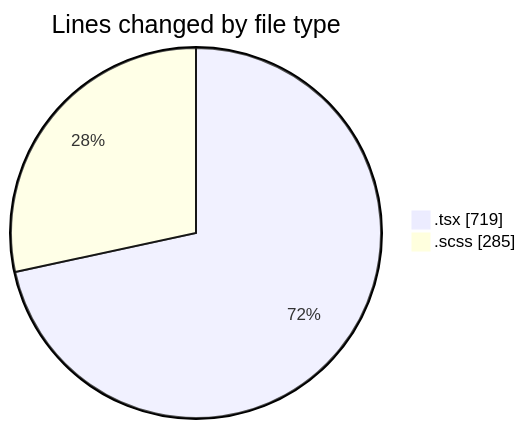
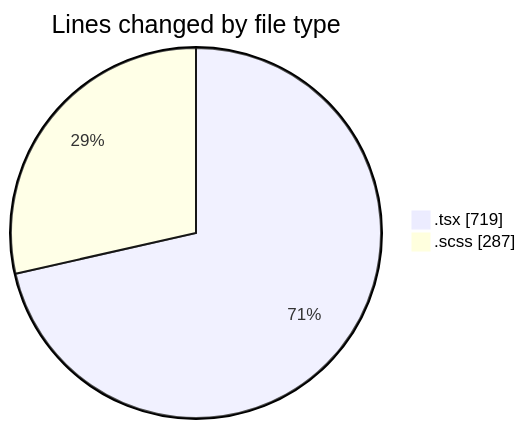
One commit to momahboobian/code-tracking changed the first of 2 diagrams in 2025-10-06/cda/README.md. Above: the diagram before and after it, drawn with Mermaid. The commit also changed other lines of this file and 1 other file, not shown here.

````diff
--- a/2025-10-06/cda/README.md
+++ b/2025-10-06/cda/README.md
@@ -23,6 +23,6 @@
 ```mermaid
 pie showData
 title Lines changed by file type
 ".tsx" : 719
-".scss" : 285
+".scss" : 287
 ```
````
